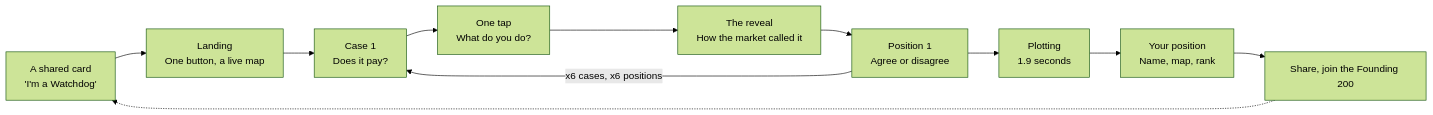
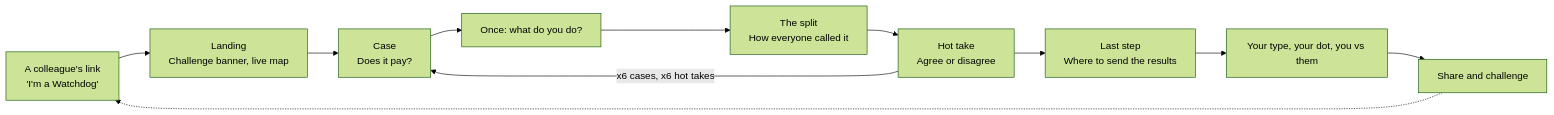
One commit to tanaybaswa/vizco_website-tanay changed the first of 2 diagrams in docs/ai-cover-compass.md. Above: the diagram before and after it, drawn with Mermaid (forest theme). The commit also changed other lines of this file and 22 other files, not shown here.

````diff
--- a/docs/ai-cover-compass.md
+++ b/docs/ai-cover-compass.md
@@ -69,13 +67,13 @@
 ```mermaid
 flowchart LR
-  A["A shared card<br/>'I'm a Watchdog'"] --> B["Landing<br/>One button, a live map"]
-  B --> C["Case 1<br/>Does it pay?"]
-  C --> D["One tap<br/>What do you do?"]
-  D --> E["The reveal<br/>How the market called it"]
-  E --> F["Position 1<br/>Agree or disagree"]
-  F -- "x6 cases, x6 positions" --> C
-  F --> G["Plotting<br/>1.9 seconds"]
-  G --> H["Your position<br/>Name, map, rank"]
-  H --> I["Share, join the Founding 200"]
+  A["A colleague's link<br/>'I'm a Watchdog'"] --> B["Landing<br/>Challenge banner, live map"]
+  B --> C["Case<br/>Does it pay?"]
+  C --> D["Once: what do you do?"]
+  D --> E["The split<br/>How everyone called it"]
+  E --> F["Hot take<br/>Agree or disagree"]
+  F -- "x6 cases, x6 hot takes" --> C
+  F --> G["Last step<br/>Where to send the results"]
+  G --> H["Your type, your dot, you vs them"]
+  H --> I["Share and challenge"]
   I -.-> A
 ```
````
